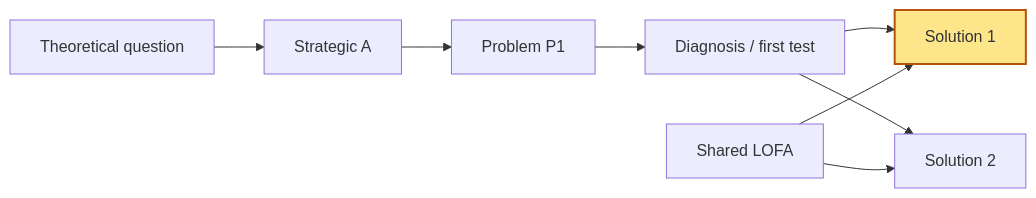
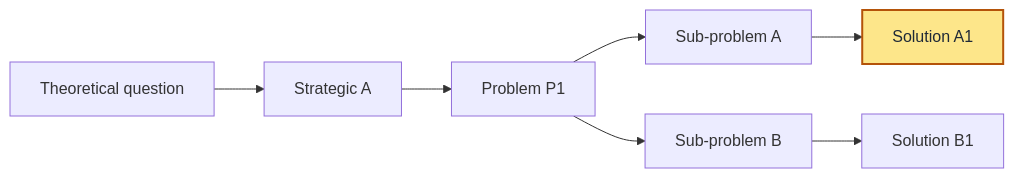
Before and after one commit to brubinsztein/strategic-experimentation-coach: the diagram in assets/running-doc-template.md, drawn with Mermaid. The commit also changed other lines of this file and 7 other files, not shown here.

````diff
--- a/assets/running-doc-template.md
+++ b/assets/running-doc-template.md
@@ -12,11 +14,10 @@
 ```mermaid
 graph LR
     Q["Theoretical question"] --> A["Strategic A"]
-    A --> P1["Problem P1"]
-    P1 --> D["Diagnosis / first test"]
-    D --> S1["Solution 1"]:::priority
-    D --> S2["Solution 2"]
-    L["Shared LOFA"] --> S1
-    L --> S2
-    classDef priority fill:#fde68a,stroke:#b45309,stroke-width:2px;
+    A --> P["Problem P1"]
+    P --> PA["Sub-problem A"]
+    P --> PB["Sub-problem B"]
+    PA --> S1["Solution A1"]:::priority
+    PB --> S2["Solution B1"]
+    classDef priority fill:#fde68a,stroke:#b45309,stroke-width:2px,color:#1f2937;
 ```
````
